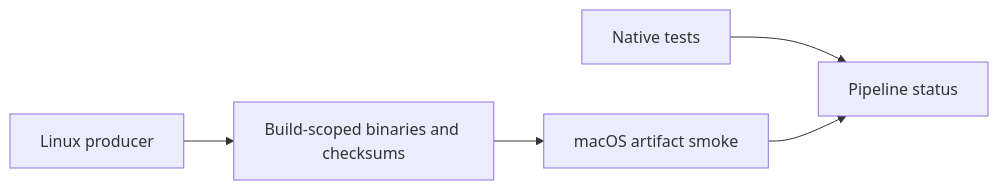
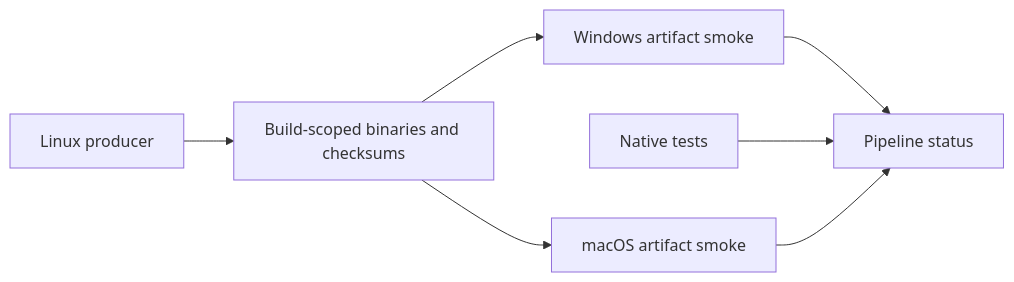
The fourth of 4 diagrams in .buildkite/README.md (perplexityai/gazelle_css), drawn with Mermaid before and after one commit. The commit also changed other lines of this file and 7 other files, not shown here.

First line of the commit message:
ci: smoke cross-built Windows artifacts (#22)

````diff
--- a/.buildkite/README.md
+++ b/.buildkite/README.md
@@ -77,7 +77,9 @@
 ```mermaid
 flowchart LR
   P[Linux producer] --> A[Build-scoped binaries and checksums]
   A --> M[macOS artifact smoke]
+  A --> W[Windows artifact smoke]
+  W --> S
   N[Native tests] --> S[Pipeline status]
   M --> S
 ```
````
